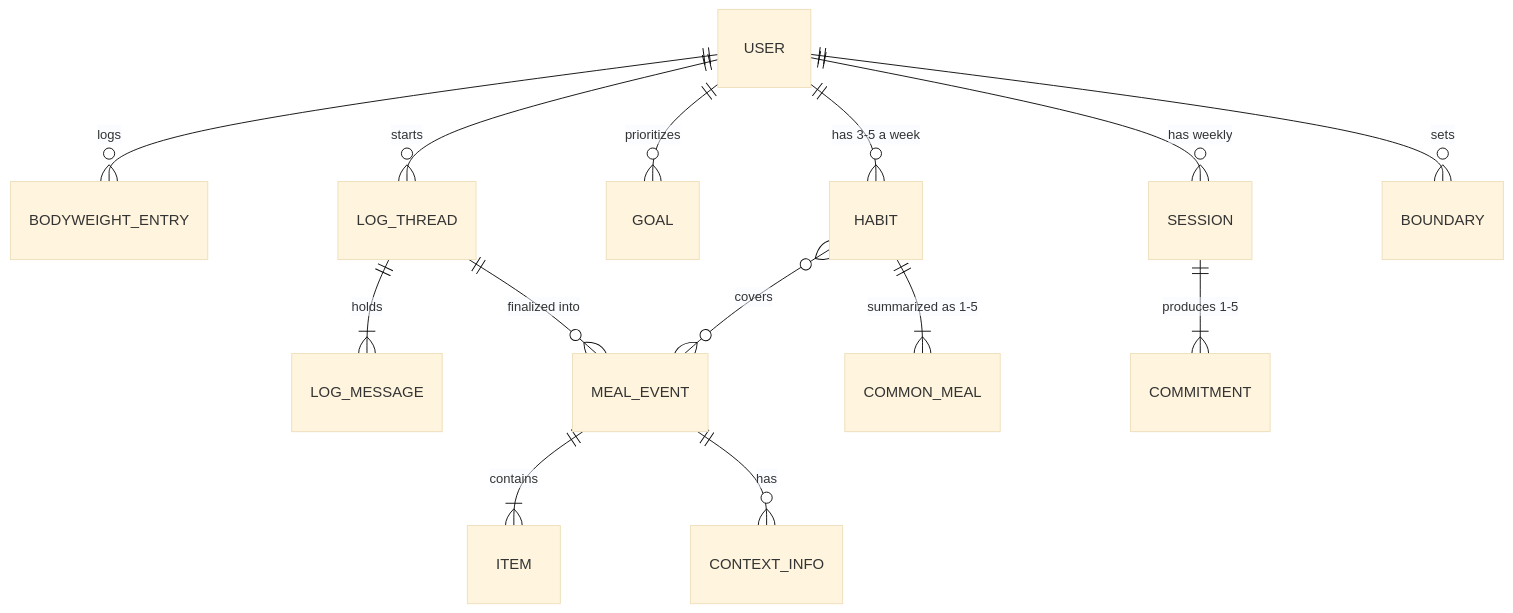
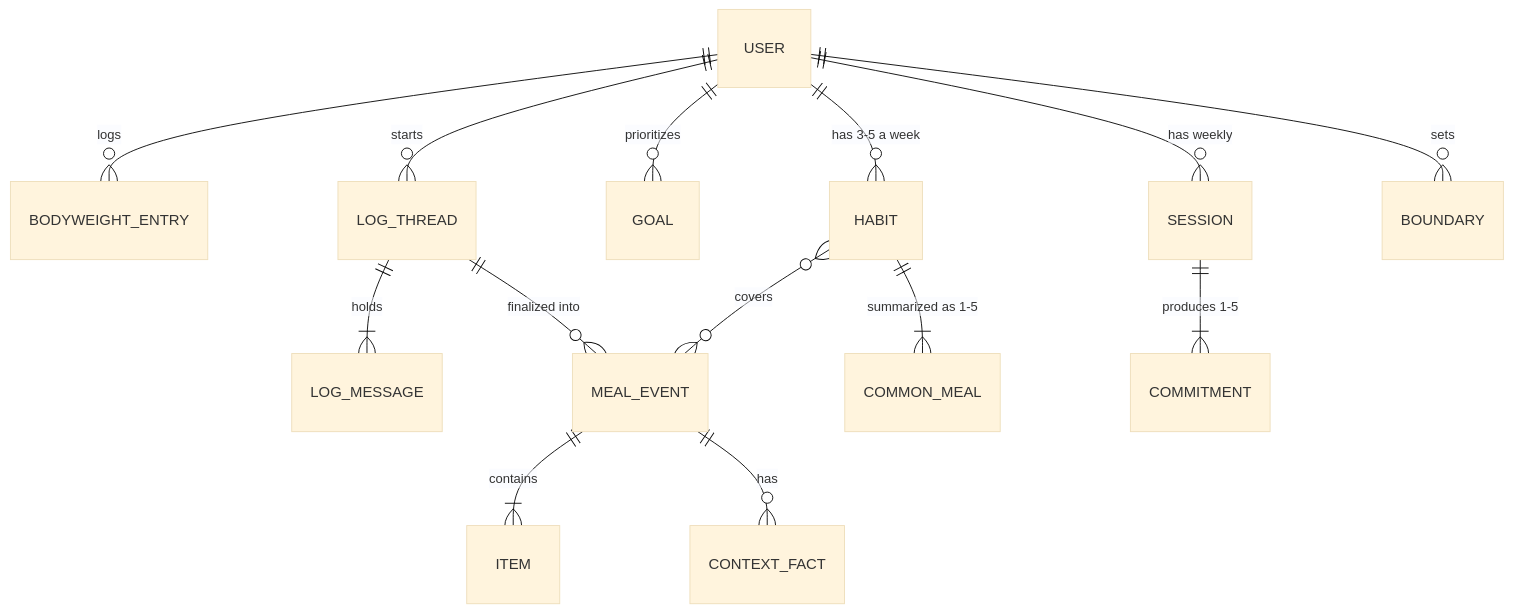
The third of 7 diagrams in administration/docs/product-plan.md (odymosgr/ai-powered-eating-habits), drawn with Mermaid (base theme) before and after one commit. The commit also changed other lines of this file and 1 other file, not shown here.

````diff
--- a/administration/docs/product-plan.md
+++ b/administration/docs/product-plan.md
@@ -167,16 +167,16 @@
 ```mermaid
 erDiagram
     USER ||--o{ BODYWEIGHT_ENTRY : logs
     USER ||--o{ LOG_THREAD : starts
     LOG_THREAD ||--|{ LOG_MESSAGE : holds
     LOG_THREAD ||--o{ MEAL_EVENT : "finalized into"
     MEAL_EVENT ||--|{ ITEM : contains
-    MEAL_EVENT ||--o{ CONTEXT_INFO : has
+    MEAL_EVENT ||--o{ CONTEXT_FACT : has
     USER ||--o{ GOAL : prioritizes
     USER ||--o{ HABIT : "has 3-5 a week"
     HABIT }o--o{ MEAL_EVENT : covers
     HABIT ||--|{ COMMON_MEAL : "summarized as 1-5"
     USER ||--o{ SESSION : "has weekly"
     SESSION ||--|{ COMMITMENT : "produces 1-5"
     USER ||--o{ BOUNDARY : sets
 ```
````
